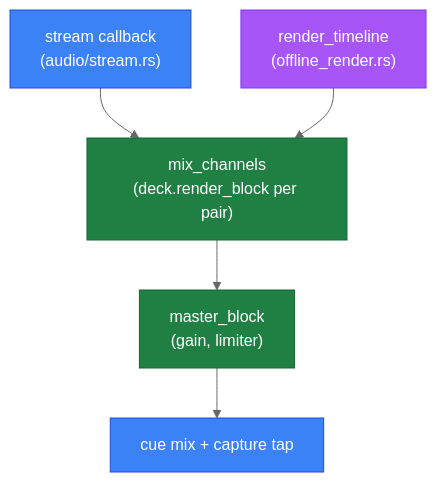
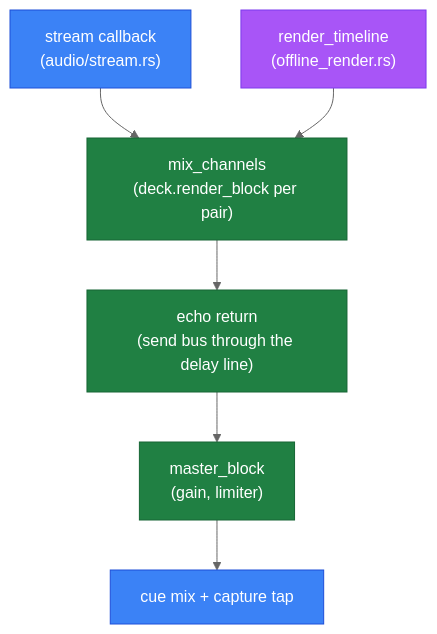
One commit to berrutti/beatmatcher changed the third of 6 diagrams in architecture.md. Above: the diagram before and after it, drawn with Mermaid (neutral theme). The commit also changed other lines of this file and 52 other files, not shown here.

````diff
--- a/architecture.md
+++ b/architecture.md
@@ -93,21 +129,24 @@
 ```mermaid
 flowchart TD
     classDef live fill:#3b82f6,stroke:#1d4ed8,color:#fff
     classDef shared fill:#208043,stroke:#166534,color:#fff
     classDef offline fill:#a855f7,stroke:#7c3aed,color:#fff
 
     Callback["stream callback
 (audio/stream.rs)"]:::live
     Render["render_timeline
 (offline_render.rs)"]:::offline
     Mix["mix_channels
 (deck.render_block per pair)"]:::shared
+    Echo["echo return
+(send bus through the delay line)"]:::shared
     Master["master_block
 (gain, limiter)"]:::shared
     Cue["cue mix + capture tap"]:::live
 
     Callback --> Mix
     Render --> Mix
-    Mix --> Master
+    Mix --> Echo
+    Echo --> Master
     Master --> Cue
 ```
````
